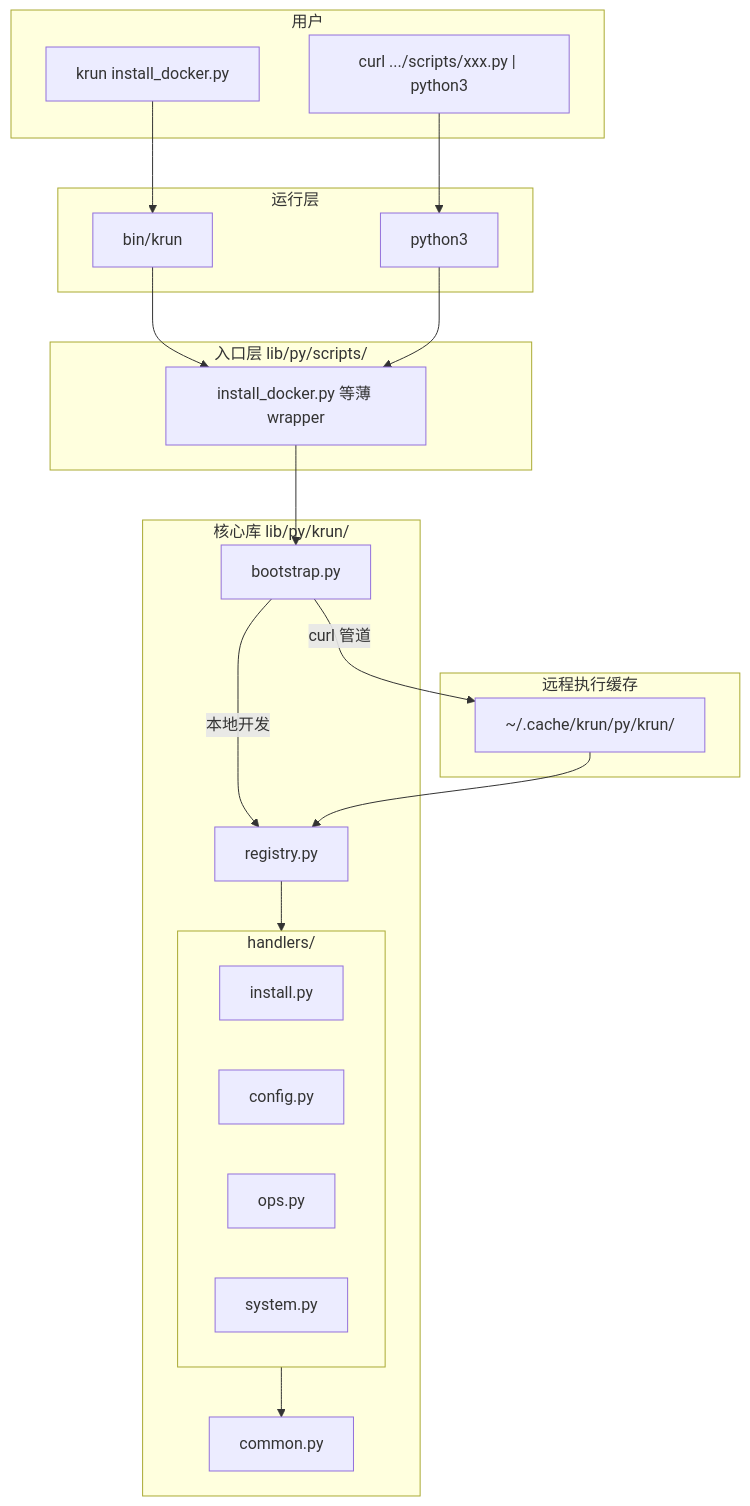
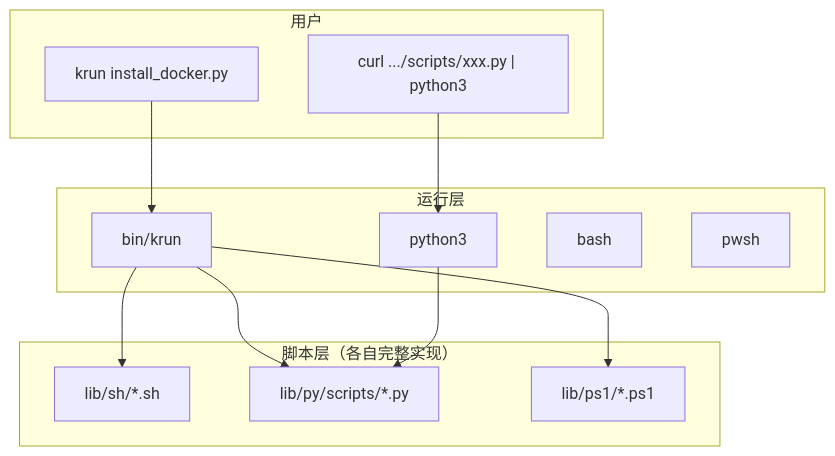
The first of 4 diagrams in README.md (kevin197011/krun), drawn with Mermaid before and after one commit. The commit also changed other lines of this file and 112 other files, not shown here.

````diff
--- a/README.md
+++ b/README.md
@@ -50,43 +40,26 @@
 ```mermaid
 flowchart TB
     subgraph User["用户"]
         CLI["krun install_docker.py"]
         CURL["curl .../scripts/xxx.py | python3"]
     end
 
     subgraph Runner["运行层"]
         KRUN["bin/krun"]
         PY3["python3"]
+        BASH["bash"]
+        PS1["pwsh"]
     end
 
-    subgraph Entry["入口层 lib/py/scripts/"]
-        WRAP["install_docker.py 等薄 wrapper"]
-    end
-
-    subgraph Core["核心库 lib/py/krun/"]
-        BOOT["bootstrap.py"]
-        REG["registry.py"]
-        COM["common.py"]
-        subgraph Handlers["handlers/"]
-            INS["install.py"]
-            CFG["config.py"]
-            OPS["ops.py"]
-            SYS["system.py"]
-        end
-    end
-
-    subgraph Remote["远程执行缓存"]
-        CACHE["~/.cache/krun/py/krun/"]
+    subgraph Scripts["脚本层（各自完整实现）"]
+        SH["lib/sh/*.sh"]
+        PY["lib/py/scripts/*.py"]
+        PS["lib/ps1/*.ps1"]
     end
 
     CLI --> KRUN
-    CURL --> PY3
-    KRUN --> WRAP
-    PY3 --> WRAP
-    WRAP --> BOOT
-    BOOT -->|本地开发| REG
-    BOOT -->|curl 管道| CACHE
-    CACHE --> REG
-    REG --> Handlers
-    Handlers --> COM
+    KRUN --> SH
+    KRUN --> PY
+    KRUN --> PS
+    CURL --> PY3 --> PY
 ```
````
